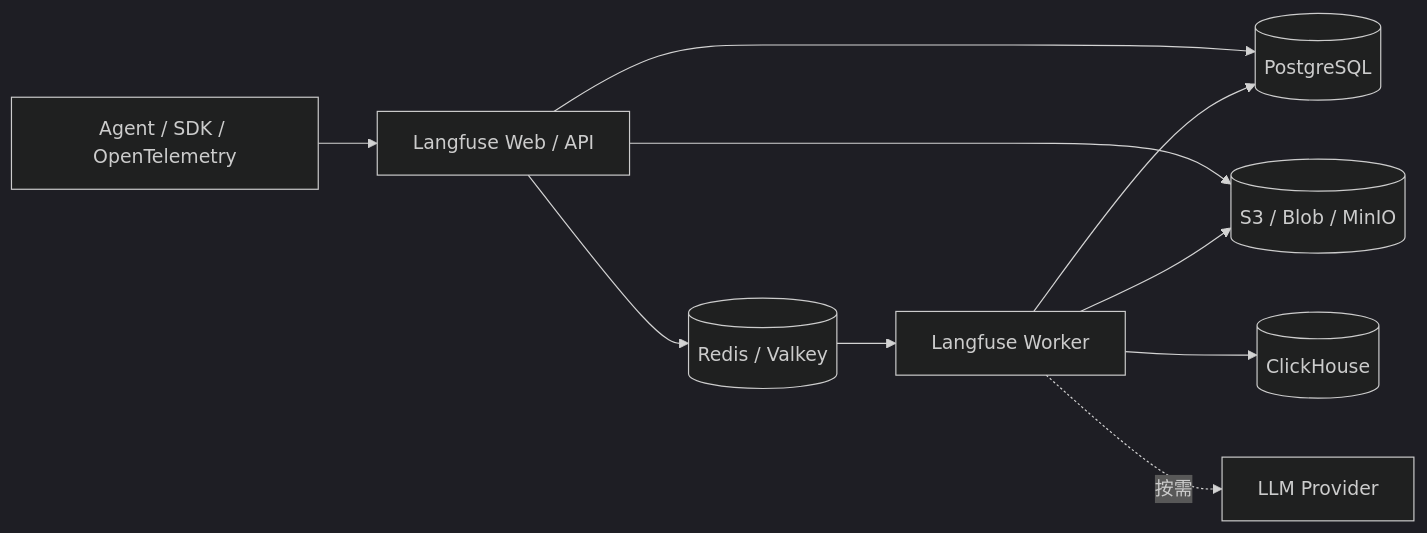
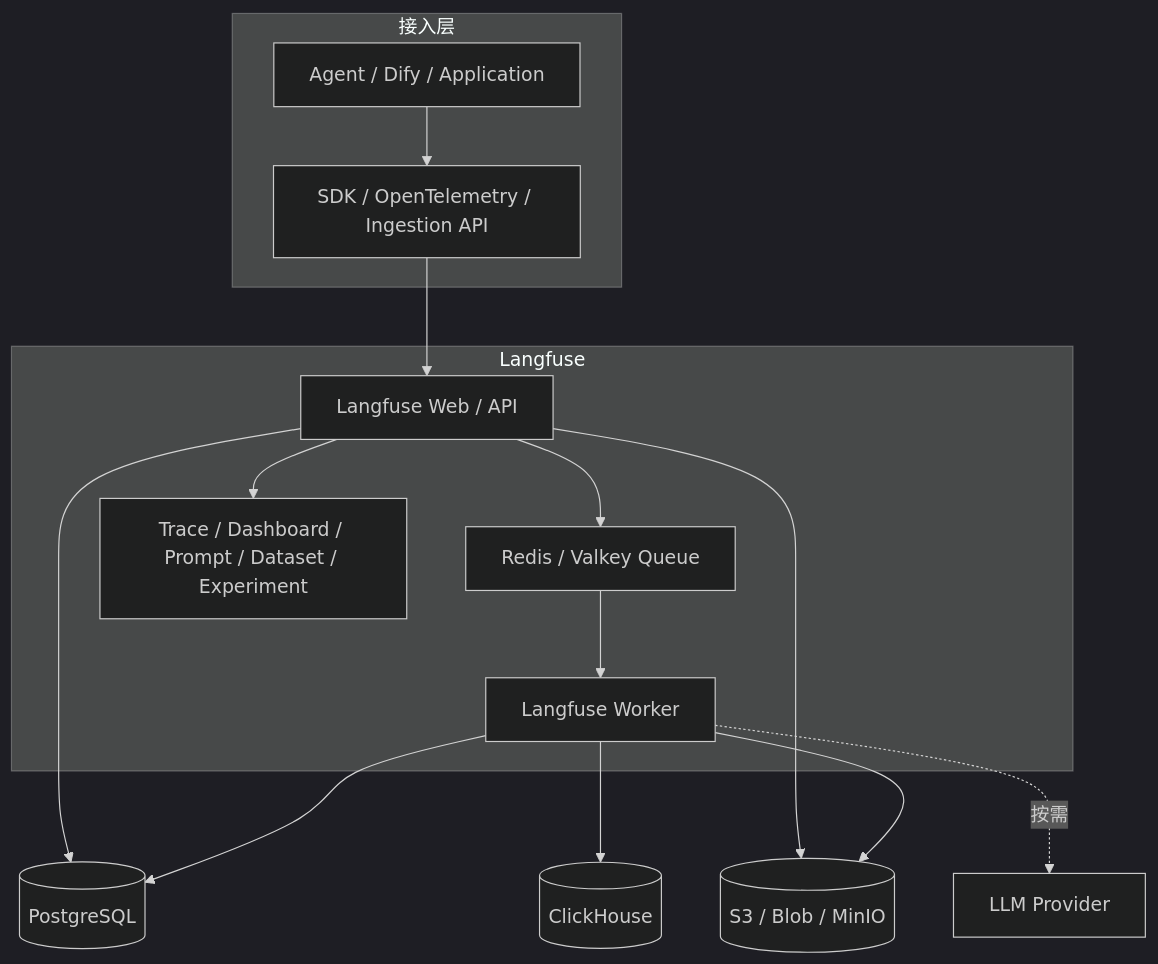
One commit to sgfd-ui/internship changed the seventh of 16 diagrams in weekly-report/phoenix-langfuse-research.md. Above: the diagram before and after it, drawn with Mermaid (dark theme). The commit also changed other lines of this file, not shown here.

Commit message:
docs: improve usage and architecture diagrams

````diff
--- a/weekly-report/phoenix-langfuse-research.md
+++ b/weekly-report/phoenix-langfuse-research.md
@@ -183,14 +248,32 @@
 ```mermaid
-flowchart LR
-    A[Agent / SDK / OpenTelemetry]
-    --> W[Langfuse Web / API]
+flowchart TB
+    subgraph A[接入层]
+        APP[Agent / Dify / Application]
+        I[SDK / OpenTelemetry / Ingestion API]
+        APP --> I
+    end
 
-    W --> PG[(PostgreSQL)]
-    W --> S3[(S3 / Blob / MinIO)]
-    W --> Q[(Redis / Valkey)]
-    Q --> WK[Langfuse Worker]
+    subgraph L[Langfuse]
+        W[Langfuse Web / API]
+        Q[Redis / Valkey Queue]
+        WK[Langfuse Worker]
+        UI[Trace / Dashboard / Prompt / Dataset / Experiment]
+
+        W --> Q
+        Q --> WK
+        W --> UI
+    end
+
+    PG[(PostgreSQL)]
+    CH[(ClickHouse)]
+    S3[(S3 / Blob / MinIO)]
+    M[LLM Provider]
+
+    I --> W
+    W --> PG
+    W --> S3
+    WK --> PG
+    WK --> CH
     WK --> S3
-    WK --> CH[(ClickHouse)]
-    WK --> PG
-    WK -.按需.-> M[LLM Provider]
+    WK -.按需.-> M
 ```
````
